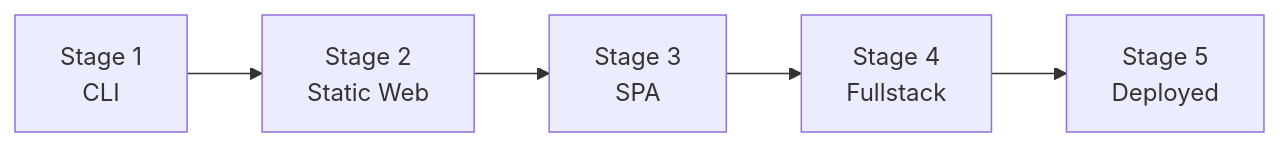
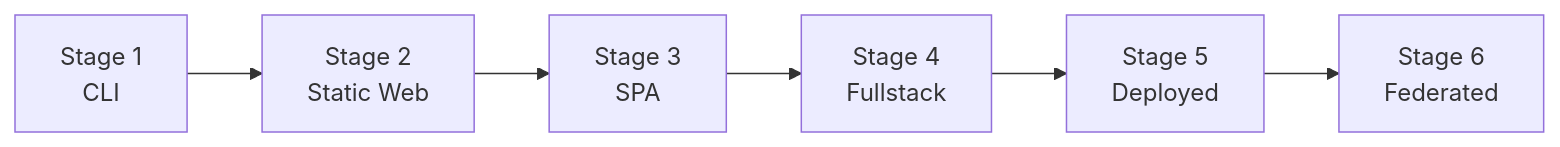
The diagram in website/docs/overview.md (Episk-pos/DevFoundry), drawn with Mermaid before and after one commit. The commit also changed other lines of this file and 153 other files, not shown here.

````diff
--- a/website/docs/overview.md
+++ b/website/docs/overview.md
@@ -163,7 +164,8 @@
 ```mermaid
 graph LR
     A[Stage 1<br/>CLI] --> B[Stage 2<br/>Static Web]
     B --> C[Stage 3<br/>SPA]
     C --> D[Stage 4<br/>Fullstack]
     D --> E[Stage 5<br/>Deployed]
+    E --> F[Stage 6<br/>Federated]
 ```
````
